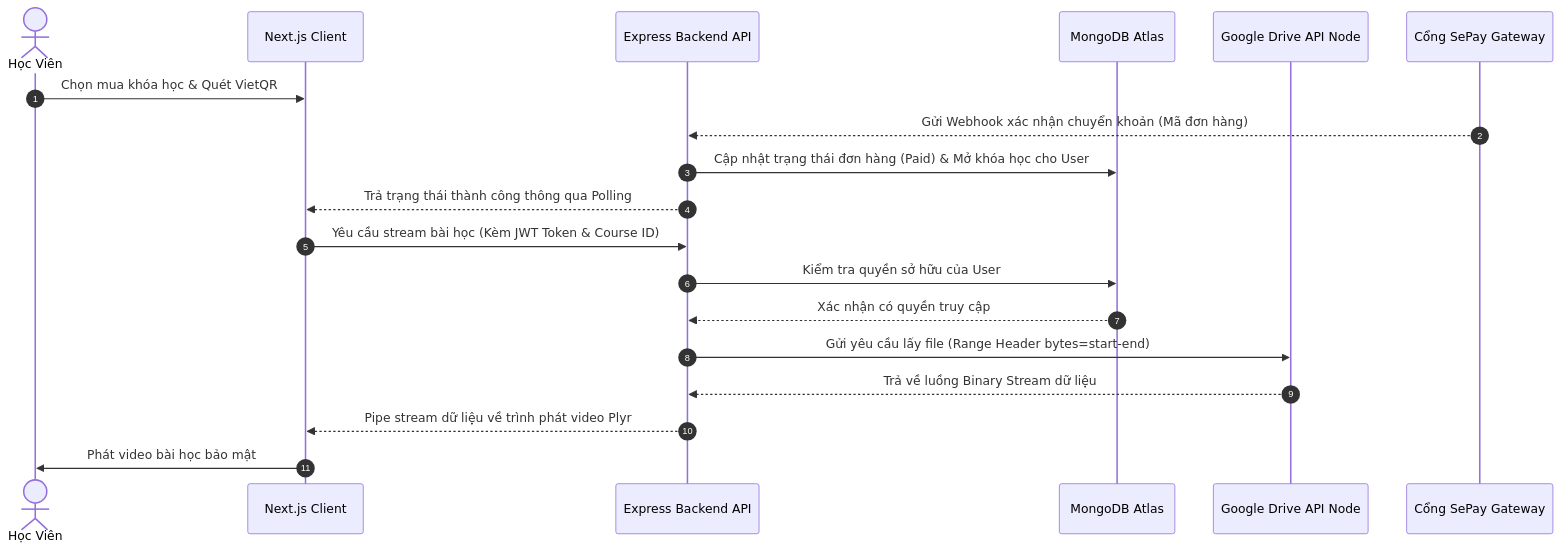
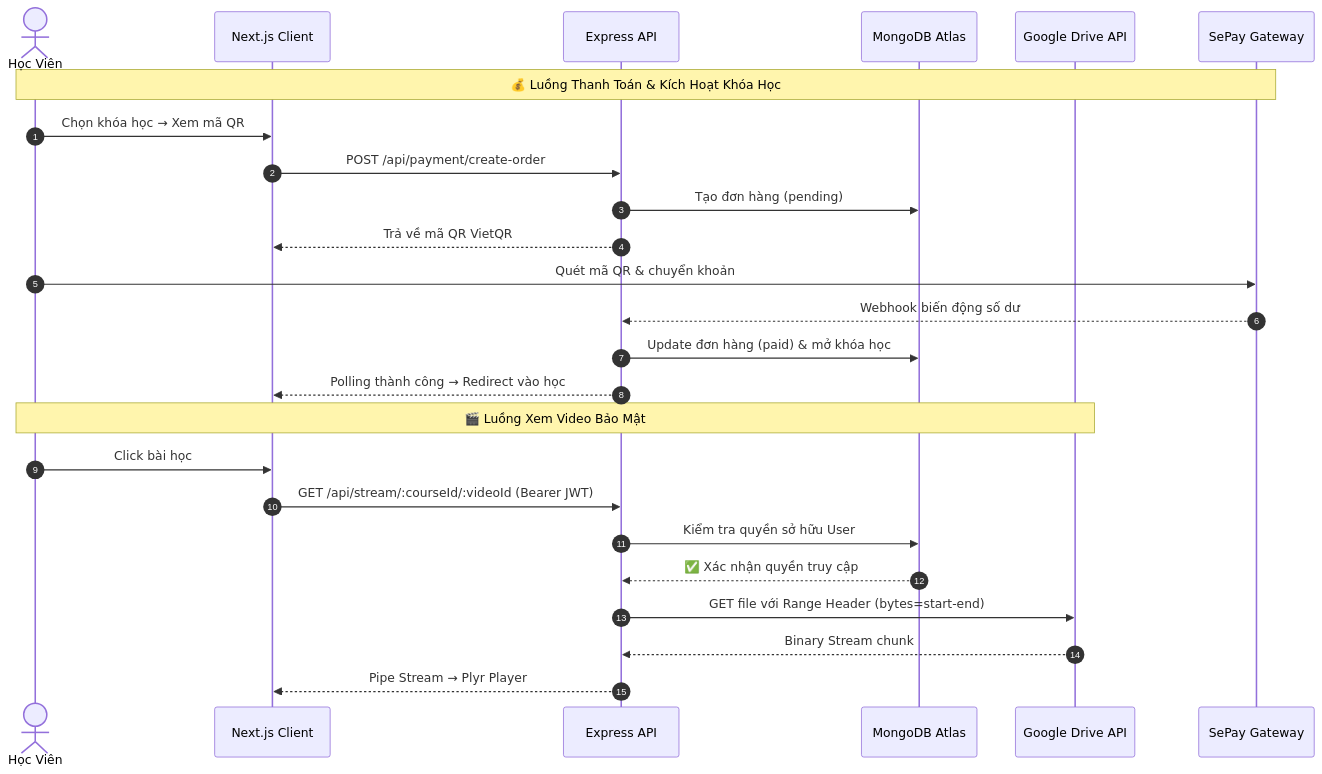
The diagram in README.md (vanphu1201/edu-stream-showcase), drawn with Mermaid before and after one commit. The commit also changed other lines of this file, not shown here.

Commit message:
feat: completely revamp README with premium design, tech stack table, sequence diagram, collapsible code snippets

````diff
--- a/README.md
+++ b/README.md
@@ -53,22 +140,31 @@
 ```mermaid
 sequenceDiagram
     autonumber
-    actor Student as Học Viên
-    participant Frontend as Next.js Client
-    participant Backend as Express Backend API
-    participant DB as MongoDB Atlas
-    participant GDrive as Google Drive API Node
-    participant SePay as Cổng SePay Gateway
+    actor 👩‍🎓 as Học Viên
+    participant 🌐 as Next.js Client
+    participant ⚙️ as Express API
+    participant 🗄️ as MongoDB Atlas
+    participant 📁 as Google Drive API
+    participant 💳 as SePay Gateway
 
-    Student->>Frontend: Chọn mua khóa học & Quét VietQR
-    SePay-->>Backend: Gửi Webhook xác nhận chuyển khoản (Mã đơn hàng)
-    Backend->>DB: Cập nhật trạng thái đơn hàng (Paid) & Mở khóa học cho User
-    Backend-->>Frontend: Trả trạng thái thành công thông qua Polling
-    Frontend->>Backend: Yêu cầu stream bài học (Kèm JWT Token & Course ID)
-    Backend->>DB: Kiểm tra quyền sở hữu của User
-    DB-->>Backend: Xác nhận có quyền truy cập
-    Backend->>GDrive: Gửi yêu cầu lấy file (Range Header bytes=start-end)
-    GDrive-->>Backend: Trả về luồng Binary Stream dữ liệu
-    Backend-->>Frontend: Pipe stream dữ liệu về trình phát video Plyr
-    Frontend->>Student: Phát video bài học bảo mật
+    Note over 👩‍🎓, 💳: 💰 Luồng Thanh Toán & Kích Hoạt Khóa Học
+
+    👩‍🎓->>🌐: Chọn khóa học → Xem mã QR
+    🌐->>⚙️: POST /api/payment/create-order
+    ⚙️->>🗄️: Tạo đơn hàng (pending)
+    ⚙️-->>🌐: Trả về mã QR VietQR
+    👩‍🎓->>💳: Quét mã QR & chuyển khoản
+    💳-->>⚙️: Webhook biến động số dư
+    ⚙️->>🗄️: Update đơn hàng (paid) & mở khóa học
+    ⚙️-->>🌐: Polling thành công → Redirect vào học
+
+    Note over 👩‍🎓, 📁: 🎬 Luồng Xem Video Bảo Mật
+
+    👩‍🎓->>🌐: Click bài học
+    🌐->>⚙️: GET /api/stream/:courseId/:videoId (Bearer JWT)
+    ⚙️->>🗄️: Kiểm tra quyền sở hữu User
+    🗄️-->>⚙️: ✅ Xác nhận quyền truy cập
+    ⚙️->>📁: GET file với Range Header (bytes=start-end)
+    📁-->>⚙️: Binary Stream chunk
+    ⚙️-->>🌐: Pipe Stream → Plyr Player
 ```
````
